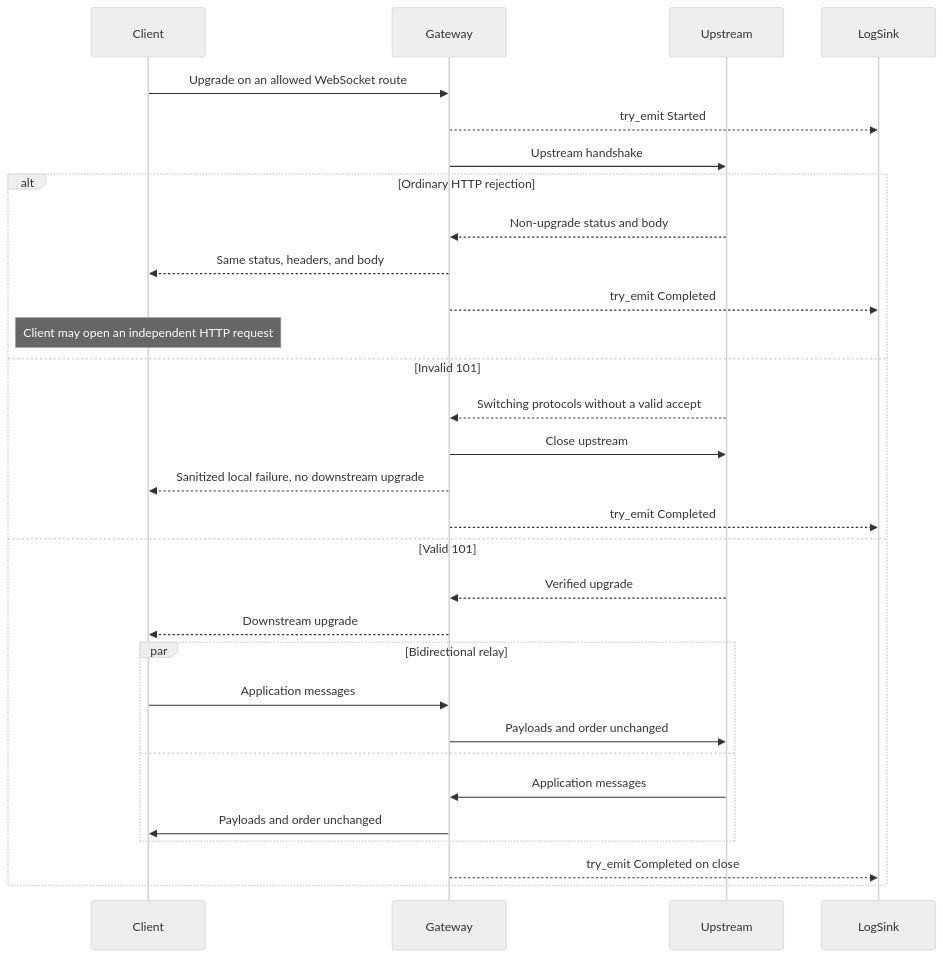
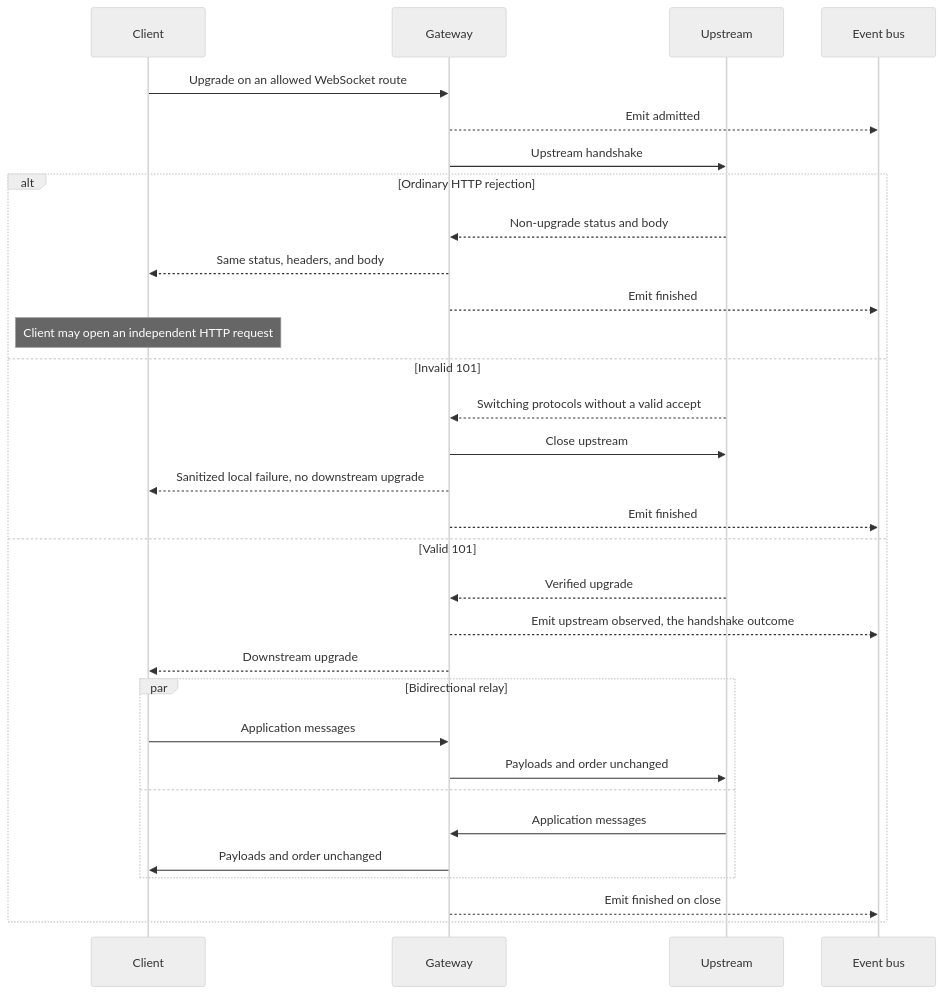
Before and after one commit to sequencestream/tokenstream: the second of 2 diagrams in doc/modules/proxy.md, drawn with Mermaid (neutral theme). The commit also changed other lines of this file and 20 other files, not shown here.

````diff
--- a/doc/modules/proxy.md
+++ b/doc/modules/proxy.md
@@ -51,33 +52,34 @@
 ```mermaid
 sequenceDiagram
     participant C as Client
     participant G as Gateway
     participant U as Upstream
-    participant L as LogSink
+    participant B as Event bus
 
     C->>G: Upgrade on an allowed WebSocket route
-    G-->>L: try_emit Started
+    G-->>B: Emit admitted
     G->>U: Upstream handshake
     alt Ordinary HTTP rejection
         U-->>G: Non-upgrade status and body
         G-->>C: Same status, headers, and body
-        G-->>L: try_emit Completed
+        G-->>B: Emit finished
         Note over C: Client may open an independent HTTP request
     else Invalid 101
         U-->>G: Switching protocols without a valid accept
         G->>U: Close upstream
         G-->>C: Sanitized local failure, no downstream upgrade
-        G-->>L: try_emit Completed
+        G-->>B: Emit finished
     else Valid 101
         U-->>G: Verified upgrade
+        G-->>B: Emit upstream observed, the handshake outcome
         G-->>C: Downstream upgrade
         par Bidirectional relay
             C->>G: Application messages
             G->>U: Payloads and order unchanged
         and
             U->>G: Application messages
             G->>C: Payloads and order unchanged
         end
-        G-->>L: try_emit Completed on close
+        G-->>B: Emit finished on close
     end
 ```
````
